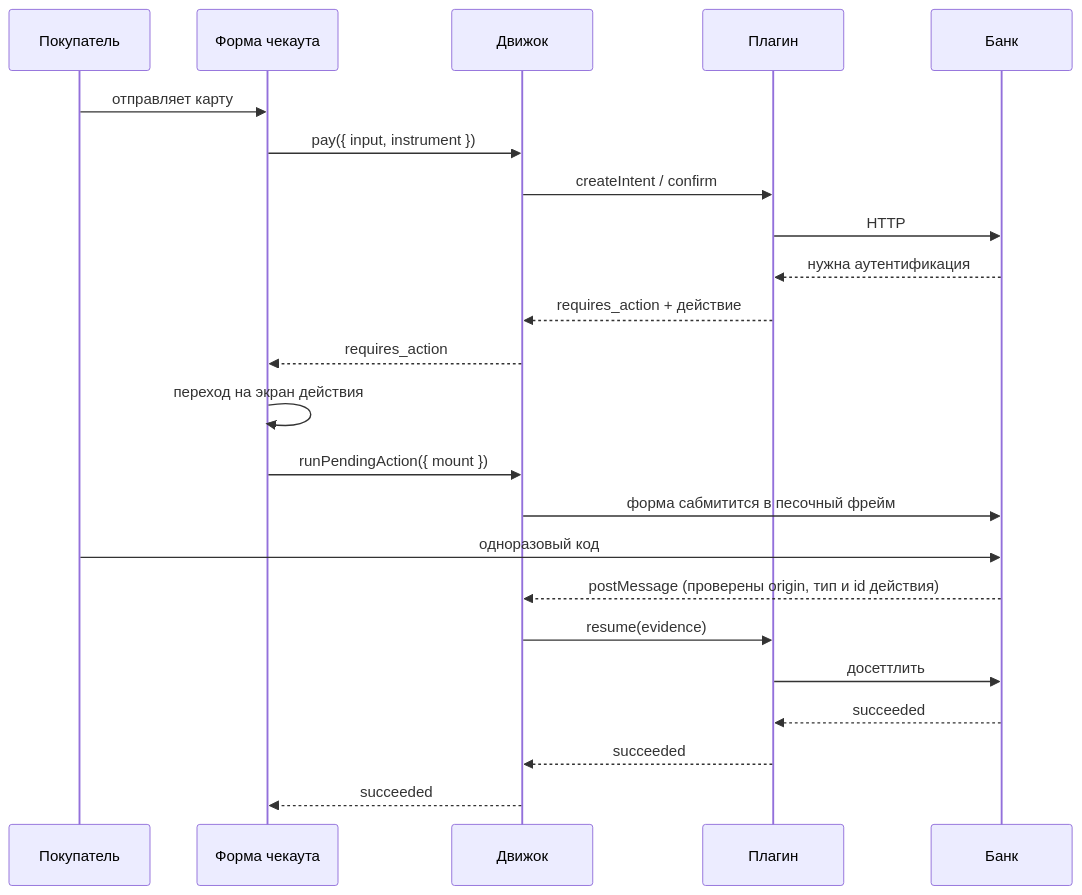
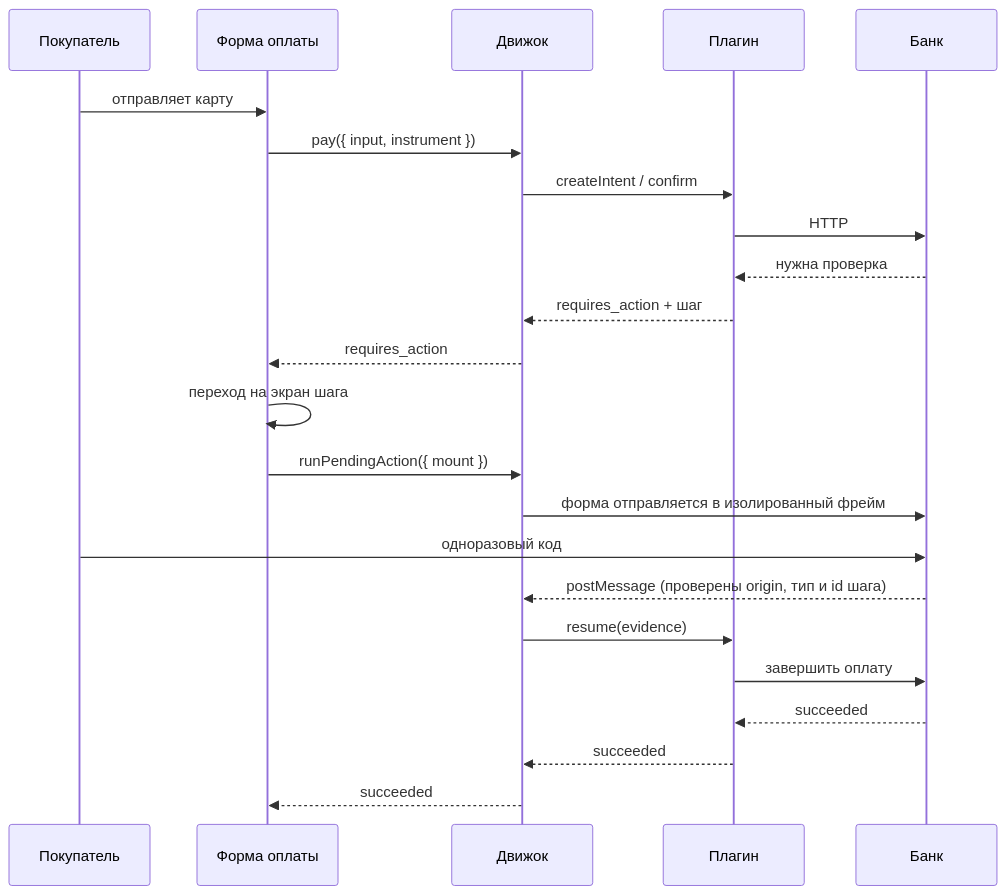
One commit to pavel-labs/checkout-kit changed the second of 3 diagrams in docs/ru/architecture.md. Above: the diagram before and after it, drawn with Mermaid. The commit also changed other lines of this file and 94 other files, not shown here.

````diff
--- a/docs/ru/architecture.md
+++ b/docs/ru/architecture.md
@@ -108,26 +90,26 @@
 ```mermaid
 sequenceDiagram
     participant S as Покупатель
-    participant F as Форма чекаута
+    participant F as Форма оплаты
     participant E as Движок
     participant P as Плагин
     participant B as Банк
 
     S->>F: отправляет карту
     F->>E: pay({ input, instrument })
     E->>P: createIntent / confirm
     P->>B: HTTP
-    B-->>P: нужна аутентификация
-    P-->>E: requires_action + действие
+    B-->>P: нужна проверка
+    P-->>E: requires_action + шаг
     E-->>F: requires_action
-    F->>F: переход на экран действия
+    F->>F: переход на экран шага
     F->>E: runPendingAction({ mount })
-    E->>B: форма сабмитится в песочный фрейм
+    E->>B: форма отправляется в изолированный фрейм
     S->>B: одноразовый код
-    B-->>E: postMessage (проверены origin, тип и id действия)
+    B-->>E: postMessage (проверены origin, тип и id шага)
     E->>P: resume(evidence)
-    P->>B: досеттлить
+    P->>B: завершить оплату
     B-->>P: succeeded
     P-->>E: succeeded
     E-->>F: succeeded
 ```
````
